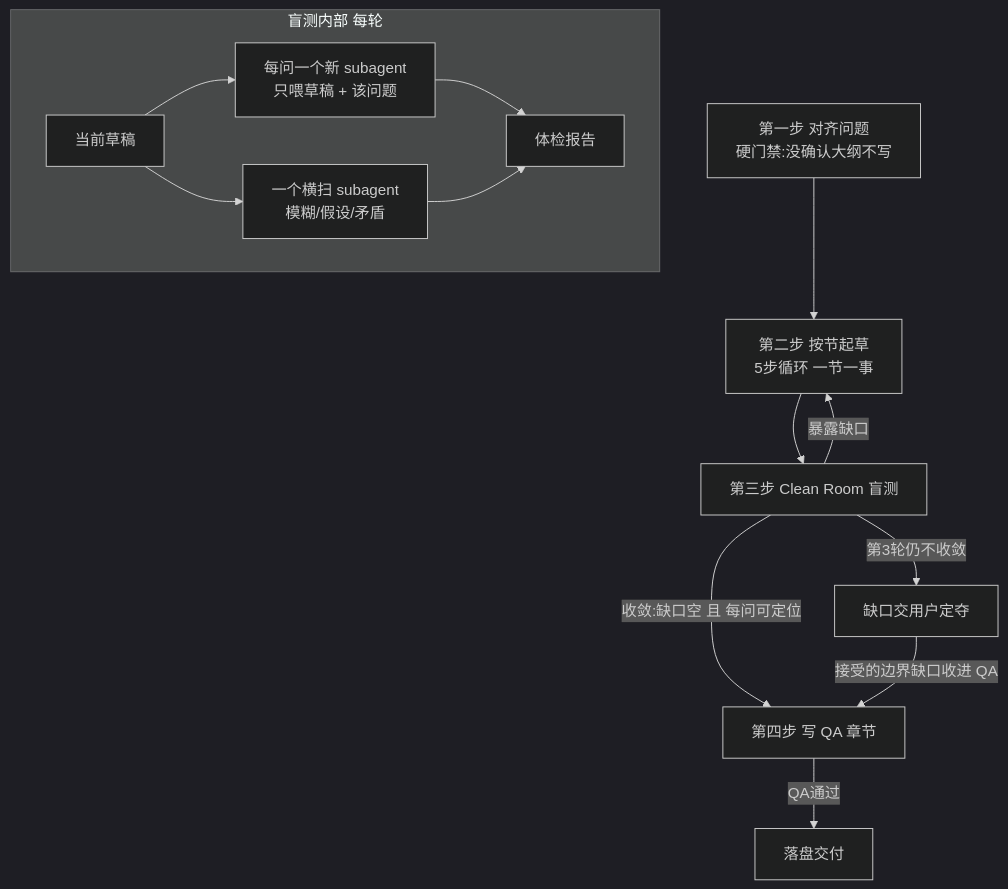
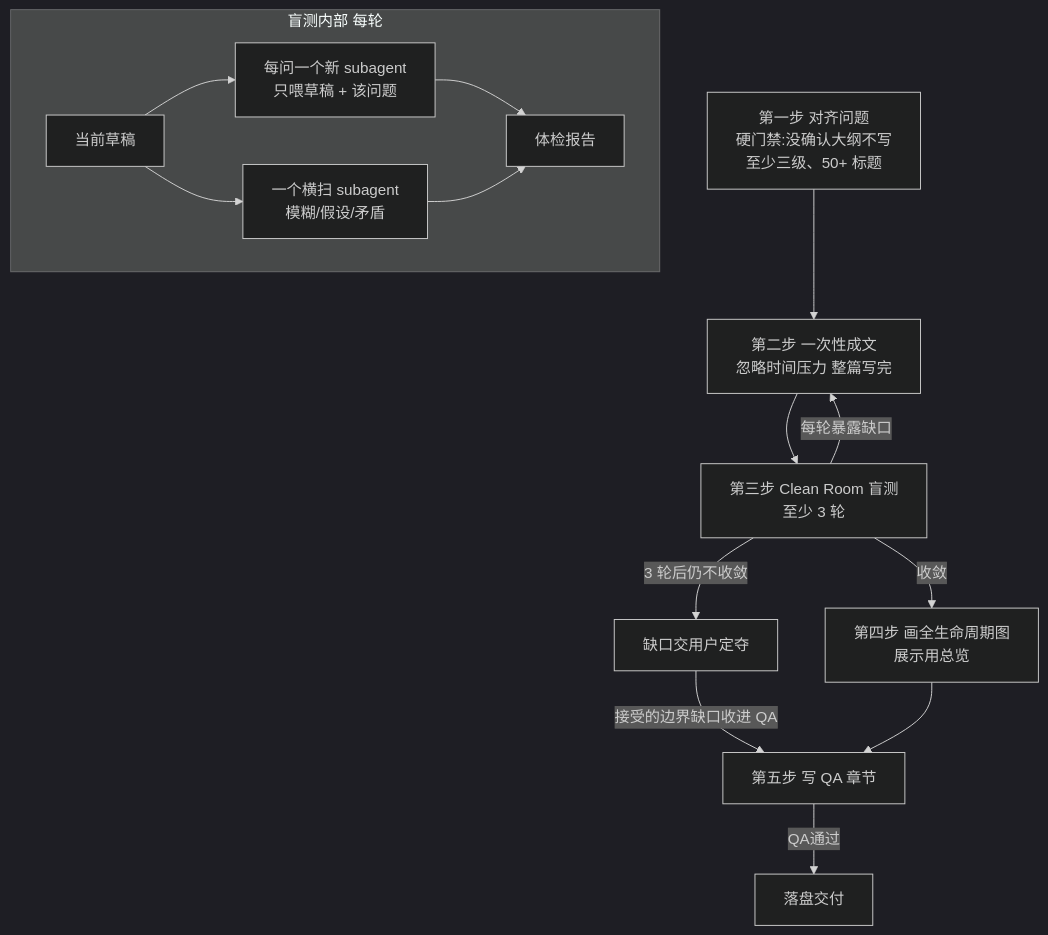
The diagram in src/plugins/system/goody-hao/skills/write-design-doc/SKILL.md (GOODDAYDAY/my-harness-desktop), drawn with Mermaid (dark theme) before and after one commit. The commit also changed other lines of this file, not shown here.

First line of the commit message:
docs(goody-hao): write-design-doc 工作流重设计——按节起草改一次性成文 + 新增全生命周期图

````diff
--- a/src/plugins/system/goody-hao/skills/write-design-doc/SKILL.md
+++ b/src/plugins/system/goody-hao/skills/write-design-doc/SKILL.md
@@ -104,16 +115,17 @@
 ```mermaid
 flowchart TD
-    A["第一步 对齐问题<br/>硬门禁:没确认大纲不写"] --> B["第二步 按节起草<br/>5步循环 一节一事"]
-    B --> C["第三步 Clean Room 盲测"]
-    C -->|暴露缺口| B
-    C -->|收敛:缺口空 且 每问可定位| Q["第四步 写 QA 章节"]
-    C -->|第3轮仍不收敛| E["缺口交用户定夺"]
-    E -->|接受的边界缺口收进 QA| Q
+    A["第一步 对齐问题<br/>硬门禁:没确认大纲不写<br/>至少三级、50+ 标题"] --> B["第二步 一次性成文<br/>忽略时间压力 整篇写完"]
+    B --> C["第三步 Clean Room 盲测<br/>至少 3 轮"]
+    C -->|每轮暴露缺口| B
+    C -->|收敛| L["第四步 画全生命周期图<br/>展示用总览"]
+    C -->|3 轮后仍不收敛| E["缺口交用户定夺"]
+    E -->|接受的边界缺口收进 QA| Q["第五步 写 QA 章节"]
+    L --> Q
     Q -->|QA通过| D["落盘交付"]
     subgraph S["盲测内部 每轮"]
         F["当前草稿"] --> G["每问一个新 subagent<br/>只喂草稿 + 该问题"]
         F --> H["一个横扫 subagent<br/>模糊/假设/矛盾"]
         G --> I["体检报告"]
         H --> I
     end
 ```
````
